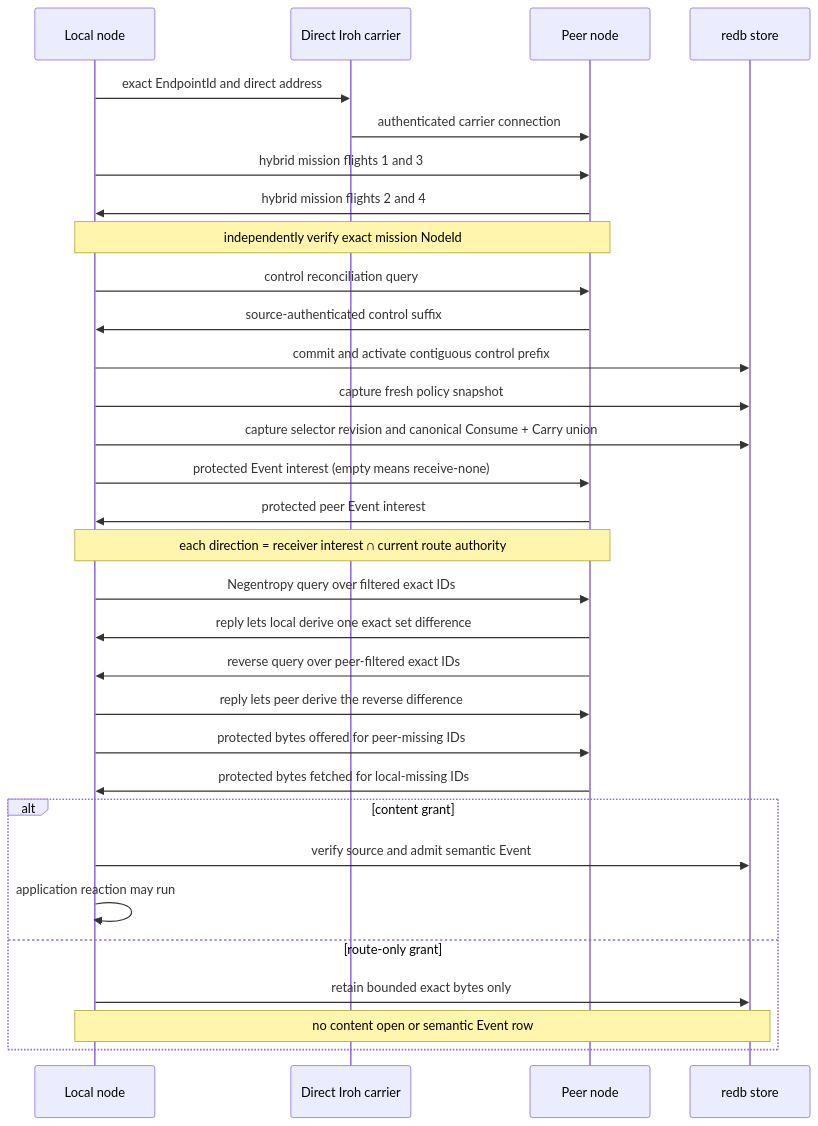
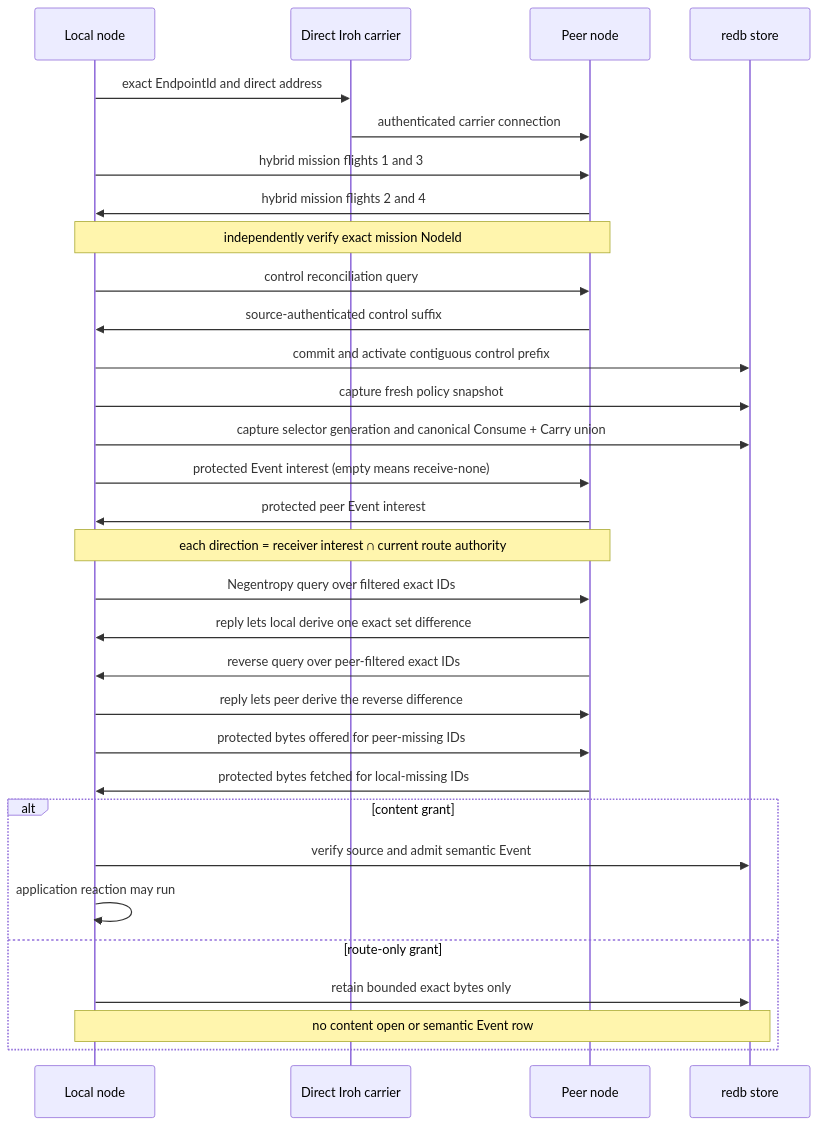
One commit to asirak-astertech/aster changed the second of 2 diagrams in docs/transports.md. Above: the diagram before and after it, drawn with Mermaid. The commit also changed other lines of this file and 18 other files, not shown here.

````diff
--- a/docs/transports.md
+++ b/docs/transports.md
@@ -148,33 +158,33 @@
 ```mermaid
 sequenceDiagram
     participant L as Local node
     participant C as Direct Iroh carrier
     participant P as Peer node
     participant S as redb store
     L->>C: exact EndpointId and direct address
     C->>P: authenticated carrier connection
     L->>P: hybrid mission flights 1 and 3
     P->>L: hybrid mission flights 2 and 4
     Note over L,P: independently verify exact mission NodeId
     L->>P: control reconciliation query
     P->>L: source-authenticated control suffix
     L->>S: commit and activate contiguous control prefix
     L->>S: capture fresh policy snapshot
-    L->>S: capture selector revision and canonical Consume + Carry union
+    L->>S: capture selector generation and canonical Consume + Carry union
     L->>P: protected Event interest (empty means receive-none)
     P->>L: protected peer Event interest
     Note over L,P: each direction = receiver interest ∩ current route authority
     L->>P: Negentropy query over filtered exact IDs
     P->>L: reply lets local derive one exact set difference
     P->>L: reverse query over peer-filtered exact IDs
     L->>P: reply lets peer derive the reverse difference
     L->>P: protected bytes offered for peer-missing IDs
     P->>L: protected bytes fetched for local-missing IDs
     alt content grant
         L->>S: verify source and admit semantic Event
         L->>L: application reaction may run
     else route-only grant
         L->>S: retain bounded exact bytes only
         Note over L,S: no content open or semantic Event row
     end
 ```
````
